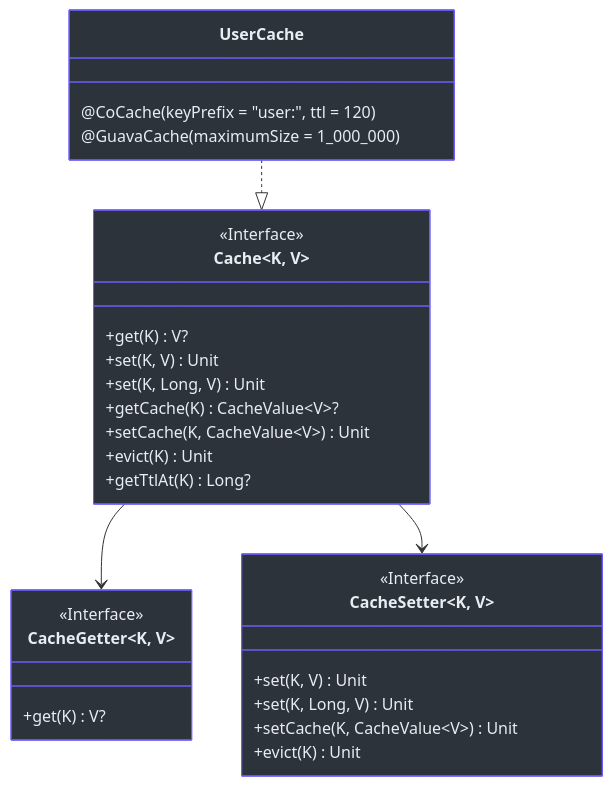
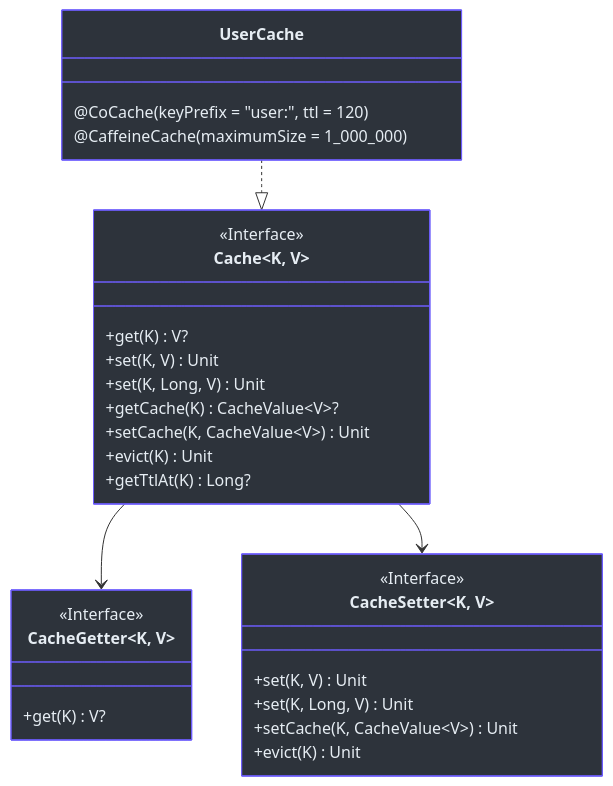
The second of 4 diagrams in wiki/guide/quick-start.md (Ahoo-Wang/CoCache), drawn with Mermaid before and after one commit. The commit also changed other lines of this file and 256 other files, not shown here.

````diff
--- a/wiki/guide/quick-start.md
+++ b/wiki/guide/quick-start.md
@@ -98,38 +98,38 @@
 ```mermaid
 classDiagram
     direction TB
     class Cache~K, V~ {
         <<Interface>>
         +get(K) V?
         +set(K, V) Unit
         +set(K, Long, V) Unit
         +getCache(K) CacheValue~V~?
         +setCache(K, CacheValue~V~) Unit
         +evict(K) Unit
         +getTtlAt(K) Long?
     }
     class CacheGetter~K, V~ {
         <<Interface>>
         +get(K) V?
     }
     class CacheSetter~K, V~ {
         <<Interface>>
         +set(K, V) Unit
         +set(K, Long, V) Unit
         +setCache(K, CacheValue~V~) Unit
         +evict(K) Unit
     }
     class UserCache {
         @CoCache(keyPrefix = "user:", ttl = 120)
-        @GuavaCache(maximumSize = 1_000_000)
+        @CaffeineCache(maximumSize = 1_000_000)
     }
 
     Cache~K, V~ --> CacheGetter~K, V~
     Cache~K, V~ --> CacheSetter~K, V~
     UserCache ..|> Cache~K, V~
 
     style Cache fill:#2d333b,stroke:#6d5dfc,color:#e6edf3
     style CacheGetter fill:#2d333b,stroke:#6d5dfc,color:#e6edf3
     style CacheSetter fill:#2d333b,stroke:#6d5dfc,color:#e6edf3
     style UserCache fill:#2d333b,stroke:#6d5dfc,color:#e6edf3
 ```
````
